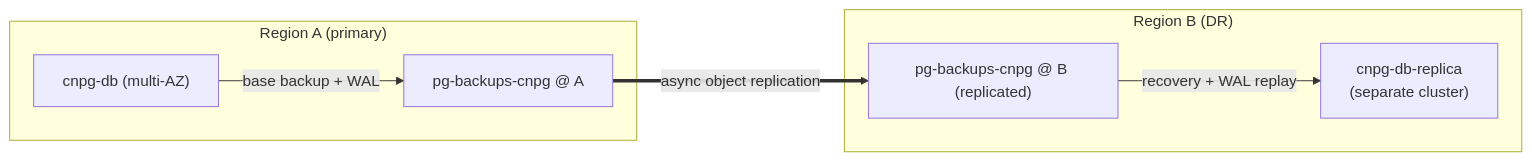
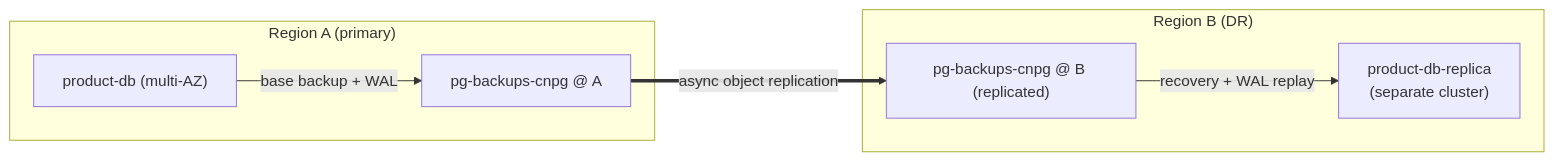
Before and after one commit to duynhlab/homelab: the second of 2 diagrams in docs/databases/010.3-cross-region-dr.md, drawn with Mermaid. The commit also changed other lines of this file and 15 other files, not shown here.

````diff
--- a/docs/databases/010.3-cross-region-dr.md
+++ b/docs/databases/010.3-cross-region-dr.md
@@ -62,14 +62,14 @@
 ```mermaid
 flowchart LR
   subgraph regionA ["Region A (primary)"]
-    primary["cnpg-db (multi-AZ)"]
+    primary["product-db (multi-AZ)"]
     bucketA["pg-backups-cnpg @ A"]
     primary -->|"base backup + WAL"| bucketA
   end
   subgraph regionB ["Region B (DR)"]
     bucketB["pg-backups-cnpg @ B (replicated)"]
-    drCluster["cnpg-db-replica\n(separate cluster)"]
+    drCluster["product-db-replica\n(separate cluster)"]
     bucketB -->|"recovery + WAL replay"| drCluster
   end
   bucketA ==>|"async object replication"| bucketB
 ```
````
